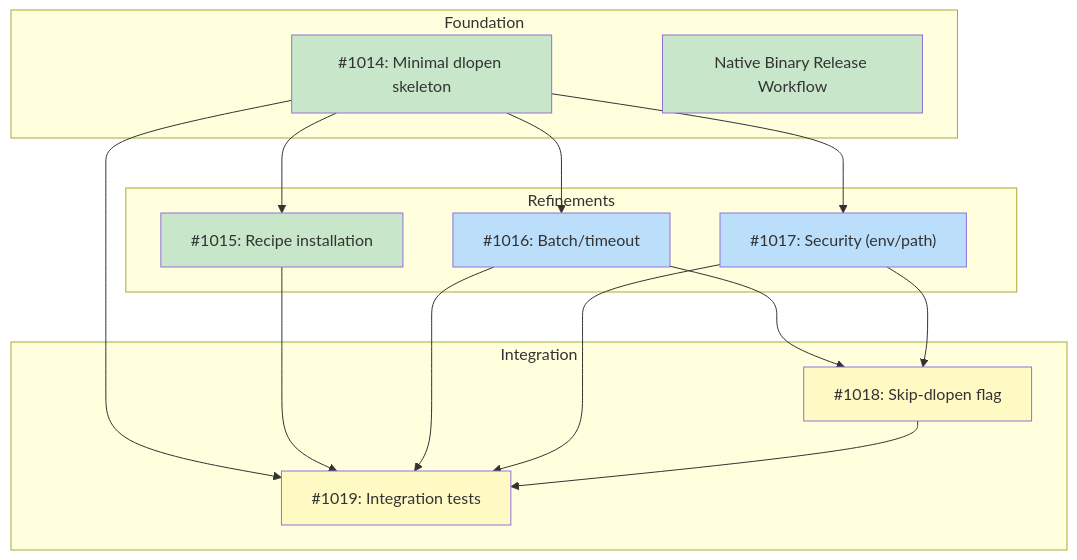
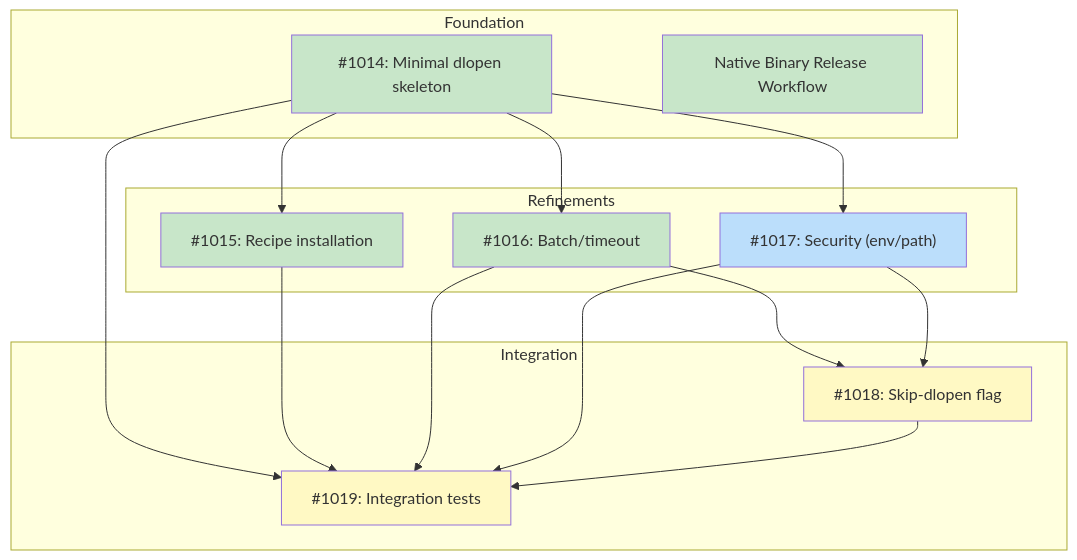
Before and after one commit to tsukumogami/tsuku: the diagram in docs/designs/DESIGN-library-verify-dlopen.md, drawn with Mermaid. The commit also changed 2 other files, not shown here.

Commit message:
feat(verify): add batch processing and timeout handling (#1078)
Add batch processing and timeout handling to InvokeDltest for robust
dlopen verification. Paths are processed in batches of 50 (well under
ARG_MAX), each with a 5-second timeout. If a batch crashes (unexpected
exit code or signal), it's retried with halved batch size until the
problematic library is isolated.

````diff
--- a/docs/designs/DESIGN-library-verify-dlopen.md
+++ b/docs/designs/DESIGN-library-verify-dlopen.md
@@ -28,38 +28,38 @@
 ```mermaid
 graph TD
     subgraph Foundation["Foundation"]
         I1014["#1014: Minimal dlopen skeleton"]
         NBRW["Native Binary Release Workflow"]
     end
 
     subgraph Refinements["Refinements"]
         I1015["#1015: Recipe installation"]
         I1016["#1016: Batch/timeout"]
         I1017["#1017: Security (env/path)"]
     end
 
     subgraph Integration["Integration"]
         I1018["#1018: Skip-dlopen flag"]
         I1019["#1019: Integration tests"]
     end
 
     I1014 --> I1015
     I1014 --> I1016
     I1014 --> I1017
     I1016 --> I1018
     I1017 --> I1018
     I1014 --> I1019
     I1015 --> I1019
     I1016 --> I1019
     I1017 --> I1019
     I1018 --> I1019
 
     classDef done fill:#c8e6c9
     classDef ready fill:#bbdefb
     classDef blocked fill:#fff9c4
     classDef needsDesign fill:#e1bee7
 
-    class I1014,I1015,NBRW done
-    class I1016,I1017 ready
+    class I1014,I1015,I1016,NBRW done
+    class I1017 ready
     class I1018,I1019 blocked
 ```
````
